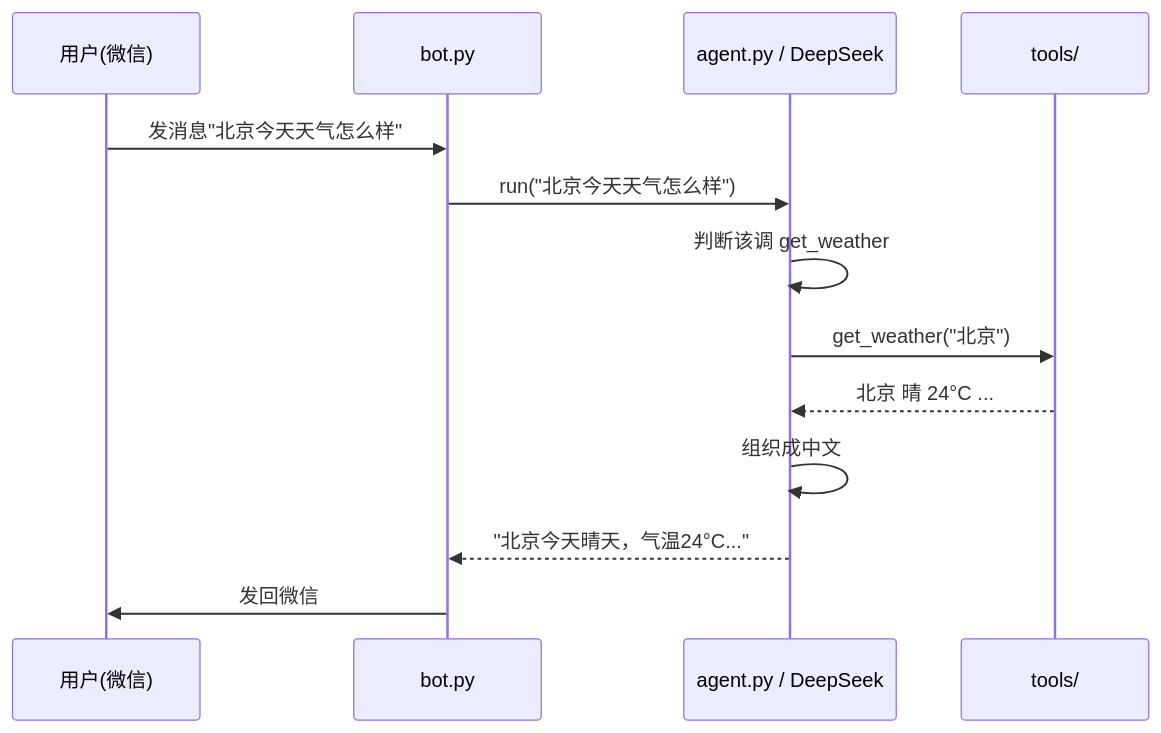
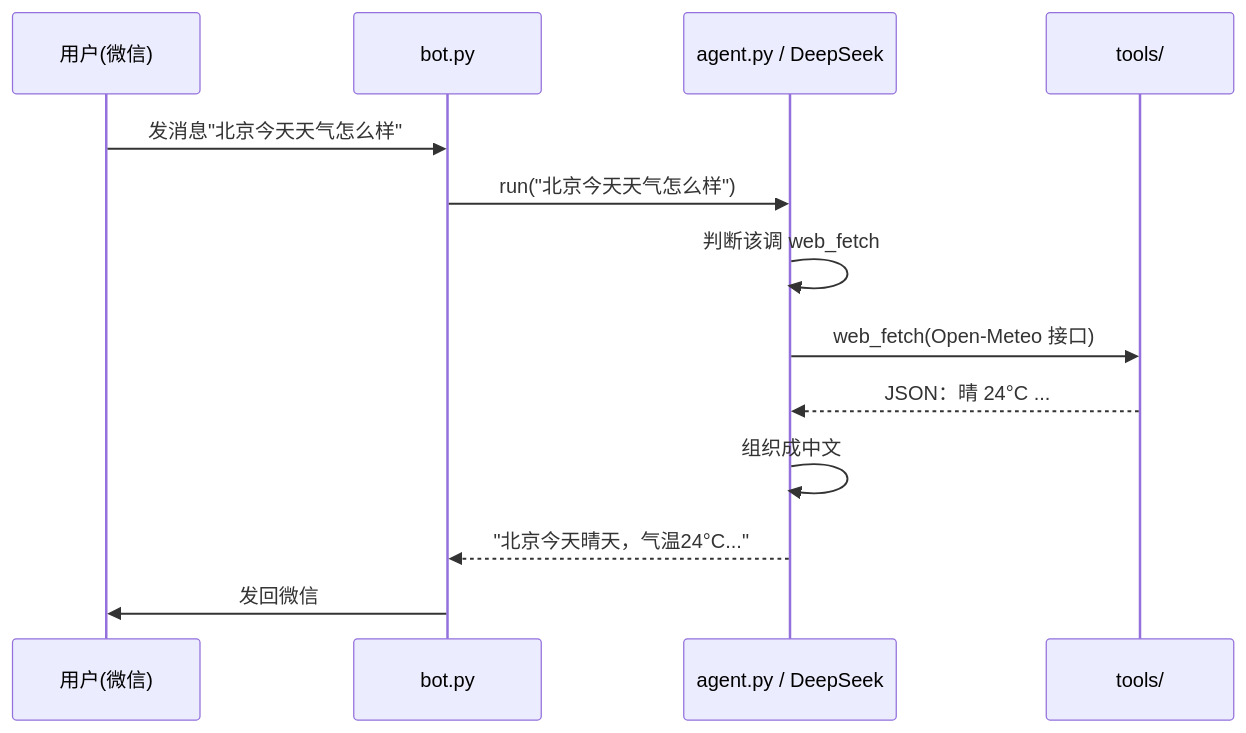
Before and after one commit to andrewwu10281/wechat-agent: the second of 4 diagrams in 原理笔记.md, drawn with Mermaid. The commit also changed other lines of this file and 8 other files, not shown here.

````diff
--- a/原理笔记.md
+++ b/原理笔记.md
@@ -37,15 +40,15 @@
 ```mermaid
 sequenceDiagram
     participant U as 用户(微信)
     participant B as bot.py
     participant A as agent.py / DeepSeek
     participant T as tools/
     U->>B: 发消息"北京今天天气怎么样"
     B->>A: run("北京今天天气怎么样")
-    A->>A: 判断该调 get_weather
-    A->>T: get_weather("北京")
-    T-->>A: 北京 晴 24°C ...
+    A->>A: 判断该调 web_fetch
+    A->>T: web_fetch(Open-Meteo 接口)
+    T-->>A: JSON：晴 24°C ...
     A->>A: 组织成中文
     A-->>B: "北京今天晴天，气温24°C..."
     B->>U: 发回微信
 ```
````
